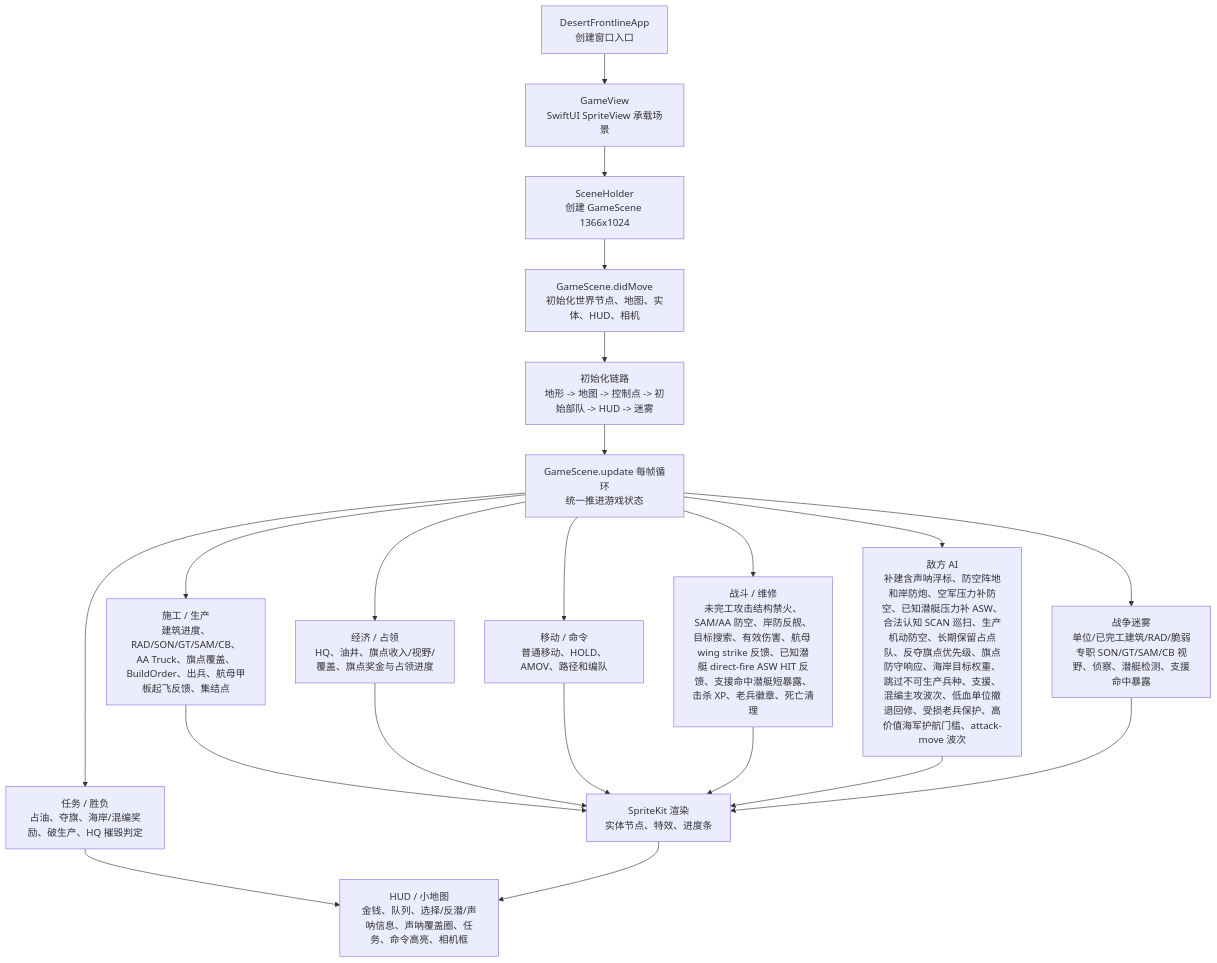
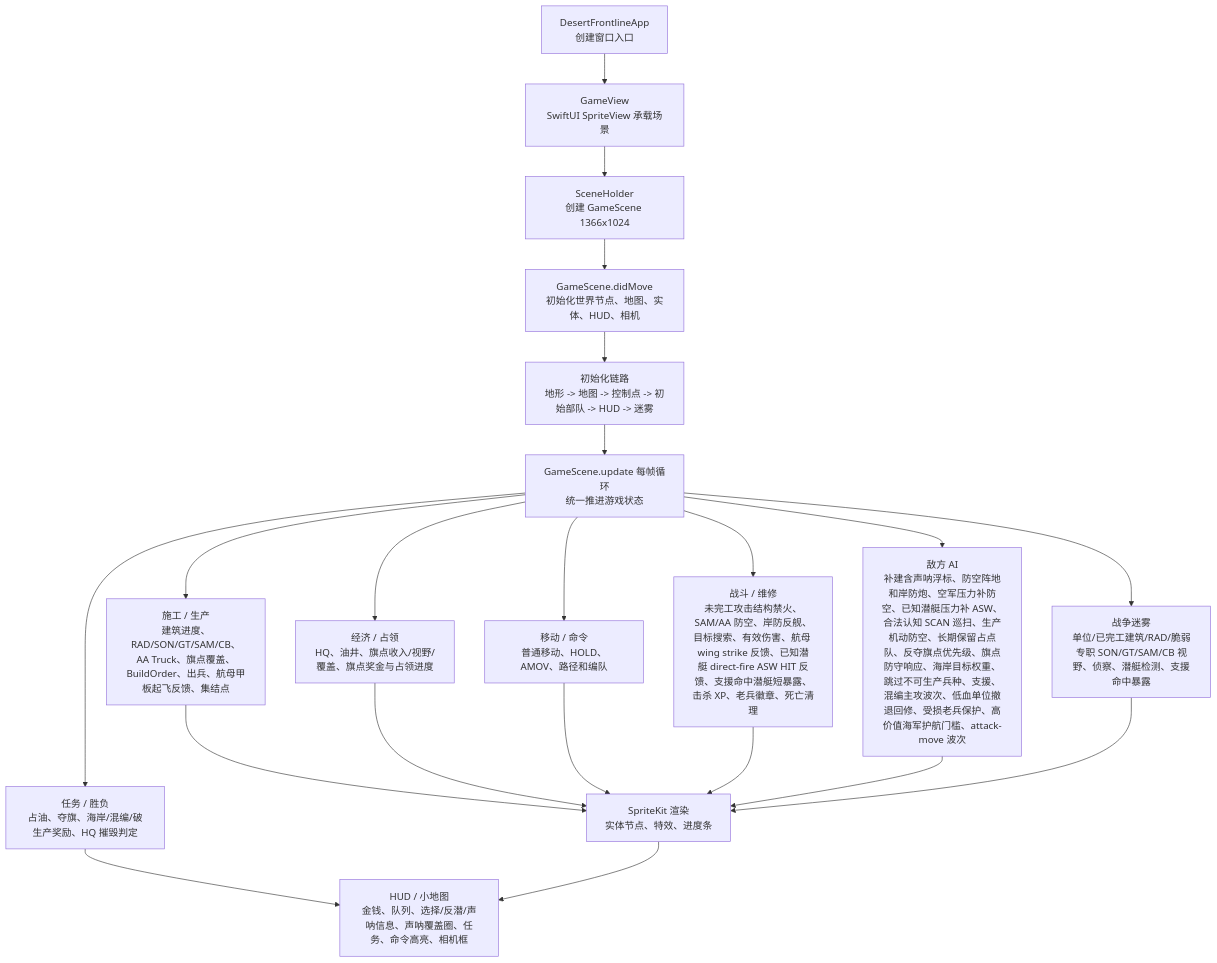
The first of 3 diagrams in md/flow/flowchart.md (Altman-sam114/1145), drawn with Mermaid before and after one commit. The commit also changed 4 other files, not shown here.

````diff
--- a/md/flow/flowchart.md
+++ b/md/flow/flowchart.md
@@ -9,23 +9,23 @@
 ```mermaid
 flowchart TD
   App["DesertFrontlineApp\n创建窗口入口"] --> View["GameView\nSwiftUI SpriteView 承载场景"]
   View --> Holder["SceneHolder\n创建 GameScene 1366x1024"]
   Holder --> Scene["GameScene.didMove\n初始化世界节点、地图、实体、HUD、相机"]
   Scene --> Init["初始化链路\n地形 -> 地图 -> 控制点 -> 初始部队 -> HUD -> 迷雾"]
   Init --> Loop["GameScene.update 每帧循环\n统一推进游戏状态"]
   Loop --> Build["施工 / 生产\n建筑进度、RAD/SON/GT/SAM/CB、AA Truck、旗点覆盖、BuildOrder、出兵、航母甲板起飞反馈、集结点"]
   Loop --> Economy["经济 / 占领\nHQ、油井、旗点收入/视野/覆盖、旗点奖金与占领进度"]
   Loop --> Commands["移动 / 命令\n普通移动、HOLD、AMOV、路径和编队"]
   Loop --> Combat["战斗 / 维修\n未完工攻击结构禁火、SAM/AA 防空、岸防反舰、目标搜索、有效伤害、航母 wing strike 反馈、已知潜艇 direct-fire ASW HIT 反馈、支援命中潜艇短暴露、击杀 XP、老兵徽章、死亡清理"]
   Loop --> AI["敌方 AI\n补建含声呐浮标、防空阵地和岸防炮、空军压力补防空、已知潜艇压力补 ASW、合法认知 SCAN 巡扫、生产机动防空、长期保留占点队、反夺旗点优先级、旗点防守响应、海岸目标权重、跳过不可生产兵种、支援、混编主攻波次、低血单位撤退回修、受损老兵保护、高价值海军护航门槛、attack-move 波次"]
   Loop --> Fog["战争迷雾\n单位/已完工建筑/RAD/脆弱专职 SON/GT/SAM/CB 视野、侦察、潜艇检测、支援命中暴露"]
-  Loop --> Mission["任务 / 胜负\n占油、夺旗、海岸/混编奖励、破生产、HQ 摧毁判定"]
+  Loop --> Mission["任务 / 胜负\n占油、夺旗、海岸/混编/破生产奖励、HQ 摧毁判定"]
   Build --> Render["SpriteKit 渲染\n实体节点、特效、进度条"]
   Economy --> Render
   Commands --> Render
   Combat --> Render
   AI --> Render
   Fog --> Render
   Mission --> HUD["HUD / 小地图\n金钱、队列、选择/反潜/声呐信息、声呐覆盖圈、任务、命令高亮、相机框"]
   Render --> HUD
 ```
````
